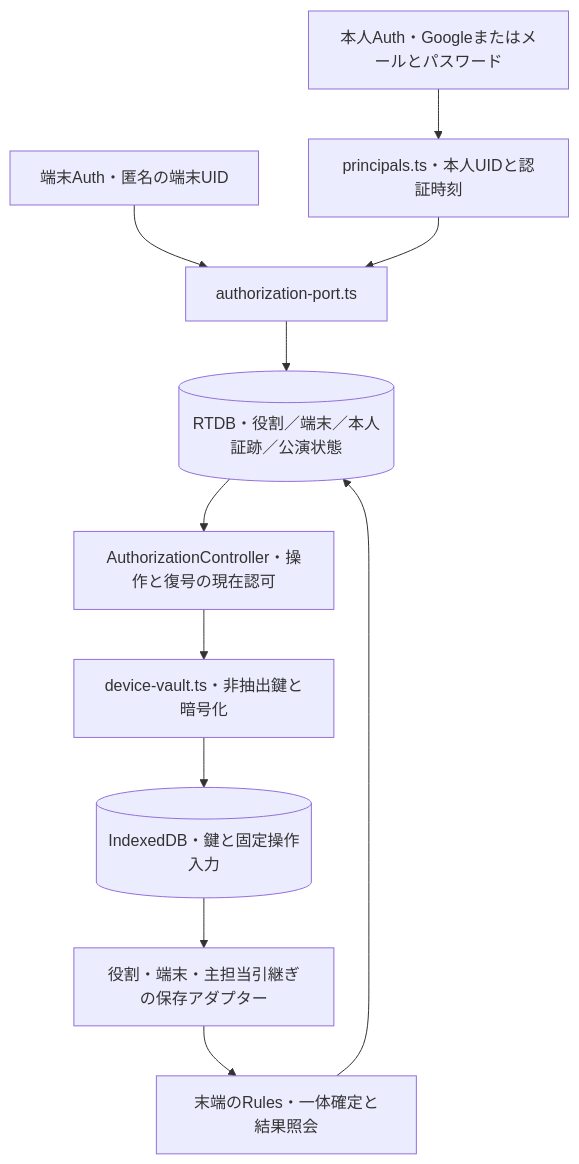
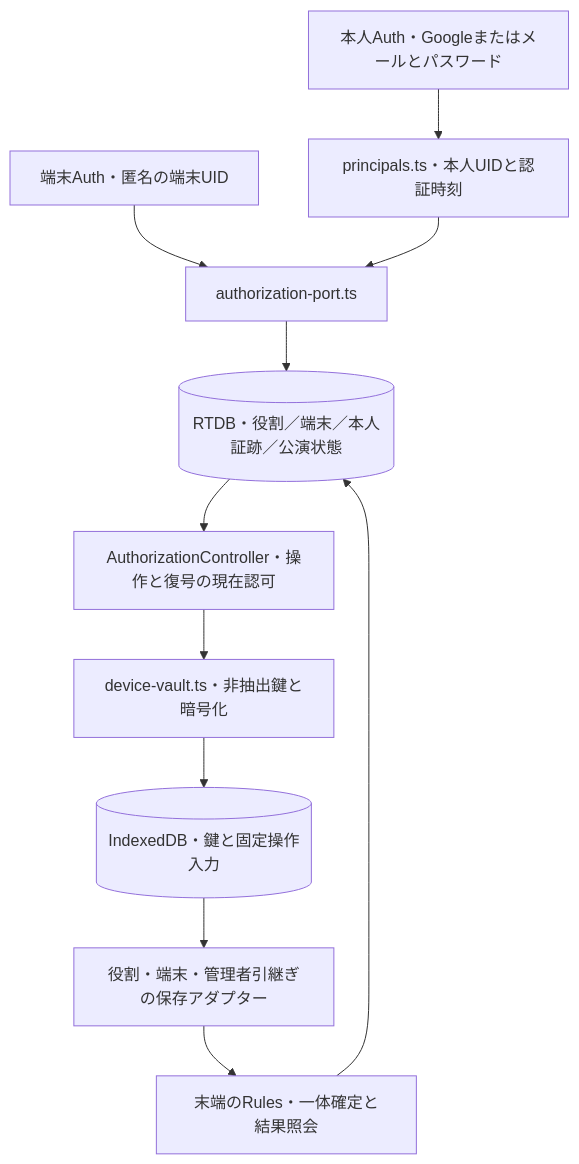
Before and after one commit to EU0207/concert-reception-system: the first of 2 diagrams in docs/development/technical-validation/authorization-foundation-results.md, drawn with Mermaid. The commit also changed other lines of this file and 76 other files, not shown here.

````diff
--- a/docs/development/technical-validation/authorization-foundation-results.md
+++ b/docs/development/technical-validation/authorization-foundation-results.md
@@ -30,13 +30,13 @@
 ```mermaid
 flowchart TD
   H[本人Auth・Googleまたはメールとパスワード] --> P[principals.ts・本人UIDと認証時刻]
   D[端末Auth・匿名の端末UID] --> A[authorization-port.ts]
   P --> A
   A --> R[(RTDB・役割／端末／本人証跡／公演状態)]
   R --> C[AuthorizationController・操作と復号の現在認可]
   C --> V[device-vault.ts・非抽出鍵と暗号化]
   V --> I[(IndexedDB・鍵と固定操作入力)]
-  I --> M[役割・端末・主担当引継ぎの保存アダプター]
+  I --> M[役割・端末・管理者引継ぎの保存アダプター]
   M --> S[末端のRules・一体確定と結果照会]
   S --> R
 ```
````
